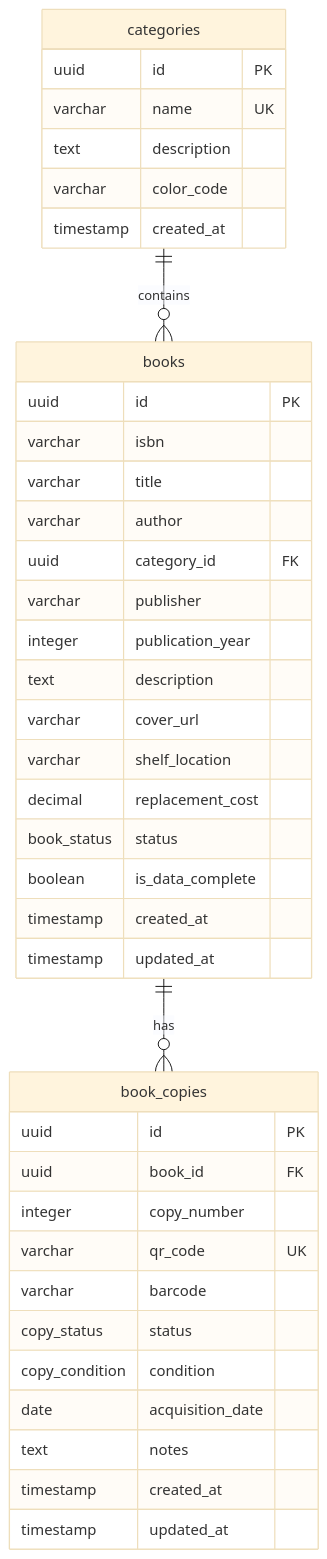
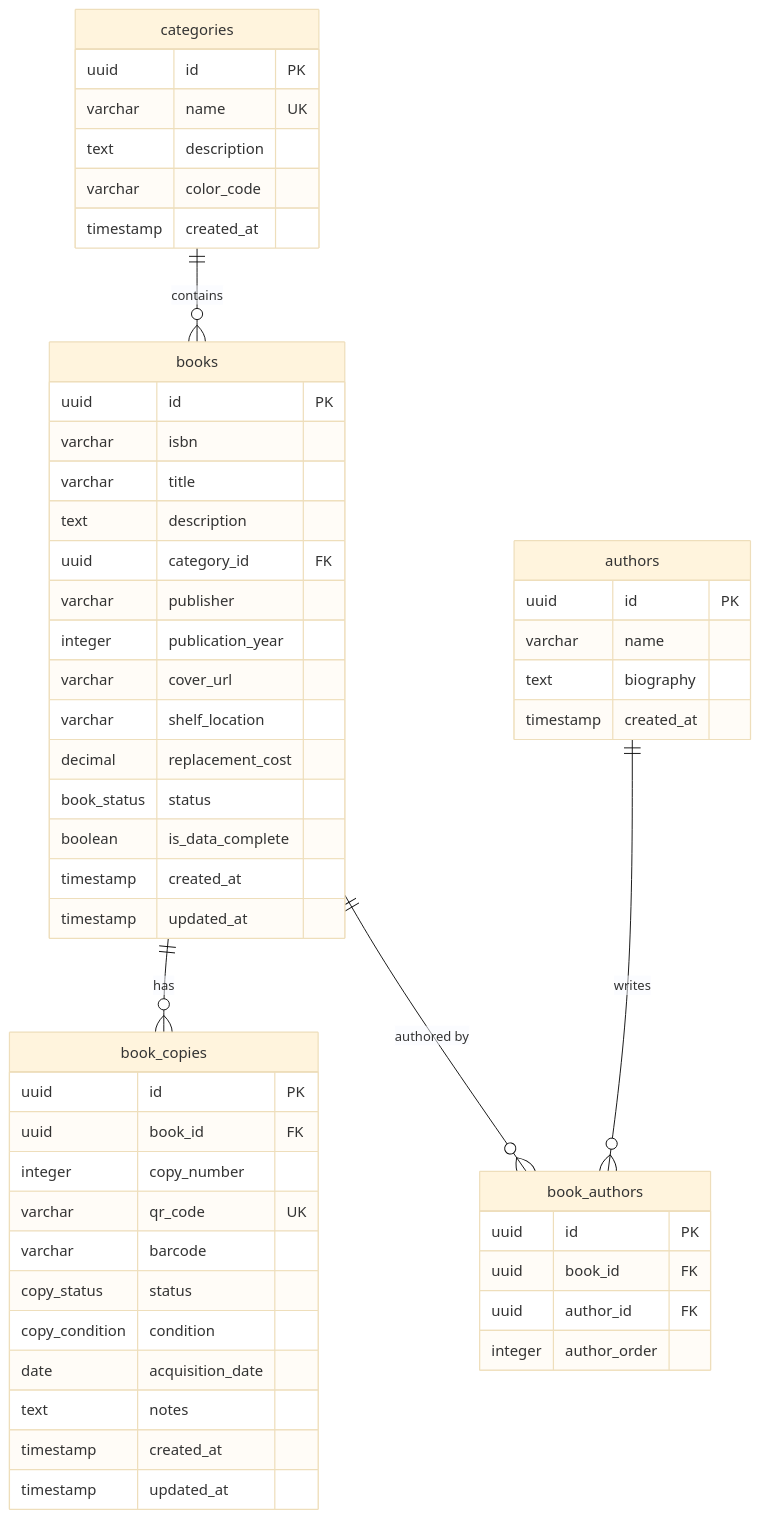
Before and after one commit to Skufu/HolyRedeemer: the third of 6 diagrams in DATABASE_SCHEMA.md, drawn with Mermaid (base theme). The commit also changed other lines of this file, not shown here.

Commit message:
fix: database schema remove duplciates

````diff
--- a/DATABASE_SCHEMA.md
+++ b/DATABASE_SCHEMA.md
@@ -112,45 +137,60 @@
 ```mermaid
 erDiagram
     categories {
         uuid id PK
         varchar name UK
         text description
         varchar color_code
         timestamp created_at
     }
     
     books {
         uuid id PK
         varchar isbn
         varchar title
-        varchar author
+        text description
         uuid category_id FK
         varchar publisher
         integer publication_year
-        text description
         varchar cover_url
         varchar shelf_location
         decimal replacement_cost
         book_status status
         boolean is_data_complete
         timestamp created_at
         timestamp updated_at
+    }
+    
+    authors {
+        uuid id PK
+        varchar name
+        text biography
+        timestamp created_at
+    }
+    
+    book_authors {
+        uuid id PK
+        uuid book_id FK
+        uuid author_id FK
+        integer author_order
     }
     
     book_copies {
         uuid id PK
         uuid book_id FK
         integer copy_number
         varchar qr_code UK
         varchar barcode
         copy_status status
         copy_condition condition
         date acquisition_date
         text notes
         timestamp created_at
         timestamp updated_at
     }
     
     categories ||--o{ books : "contains"
     books ||--o{ book_copies : "has"
+    books ||--o{ book_authors : "authored by"
+    authors ||--o{ book_authors : "writes"
 ```
````
